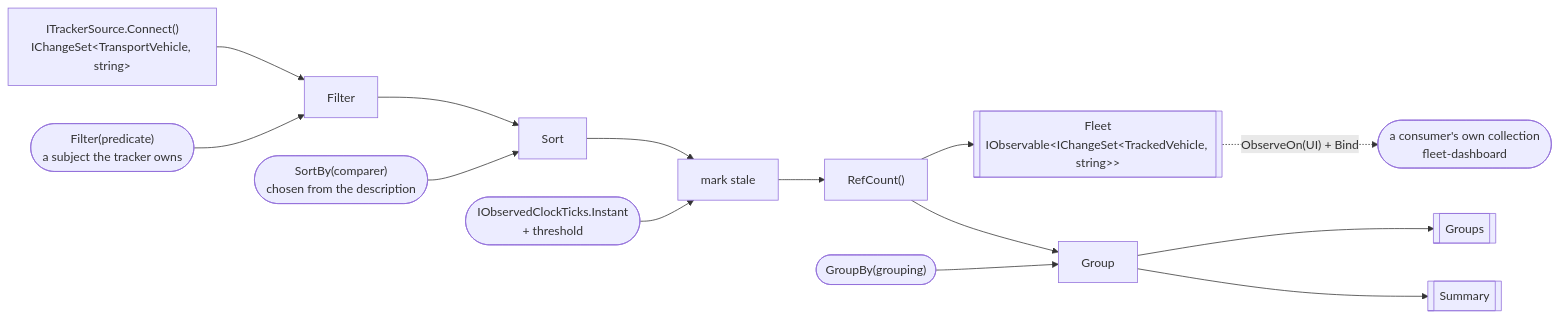
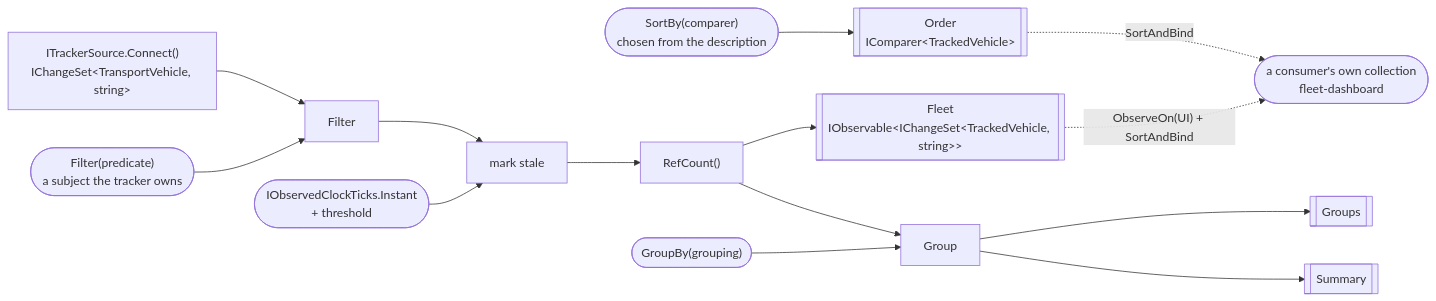
One commit to RLittlesII/Transporter changed the first of 2 diagrams in features/fleet-pipeline/.spec/README.md. Above: the diagram before and after it, drawn with Mermaid. The commit also changed other lines of this file and 22 other files, not shown here.

First line of the commit message:
feature(0032): describe a source's columns and groupings, and sort by a published comparer (#29)

````diff
--- a/features/fleet-pipeline/.spec/README.md
+++ b/features/fleet-pipeline/.spec/README.md
@@ -321,16 +342,16 @@
 ```mermaid
 flowchart LR
     src["ITrackerSource.Connect()<br/>IChangeSet&lt;TransportVehicle, string&gt;"] --> filter
     predicate(["Filter(predicate)<br/>a subject the tracker owns"]) --> filter
-    filter["Filter"] --> sort
-    comparer(["SortBy(comparer)<br/>chosen from the description"]) --> sort
-    sort["Sort"] --> stale
+    filter["Filter"] --> stale
+    comparer(["SortBy(comparer)<br/>chosen from the description"]) --> order
+    order[["Order<br/>IComparer&lt;TrackedVehicle&gt;"]] -.->|"SortAndBind"| vm
     clock(["IObservedClockTicks.Instant<br/>+ threshold"]) --> stale
     stale["mark stale"] --> share["RefCount()"]
     share --> fleet[["Fleet<br/>IObservable&lt;IChangeSet&lt;TrackedVehicle, string&gt;&gt;"]]
     share --> group["Group"]
     grouping(["GroupBy(grouping)"]) --> group
     group --> groups[["Groups"]]
     group --> summary[["Summary"]]
-    fleet -.->|"ObserveOn(UI) + Bind"| vm(["a consumer's own collection<br/>fleet-dashboard"])
+    fleet -.->|"ObserveOn(UI) + SortAndBind"| vm(["a consumer's own collection<br/>fleet-dashboard"])
 ```
````
